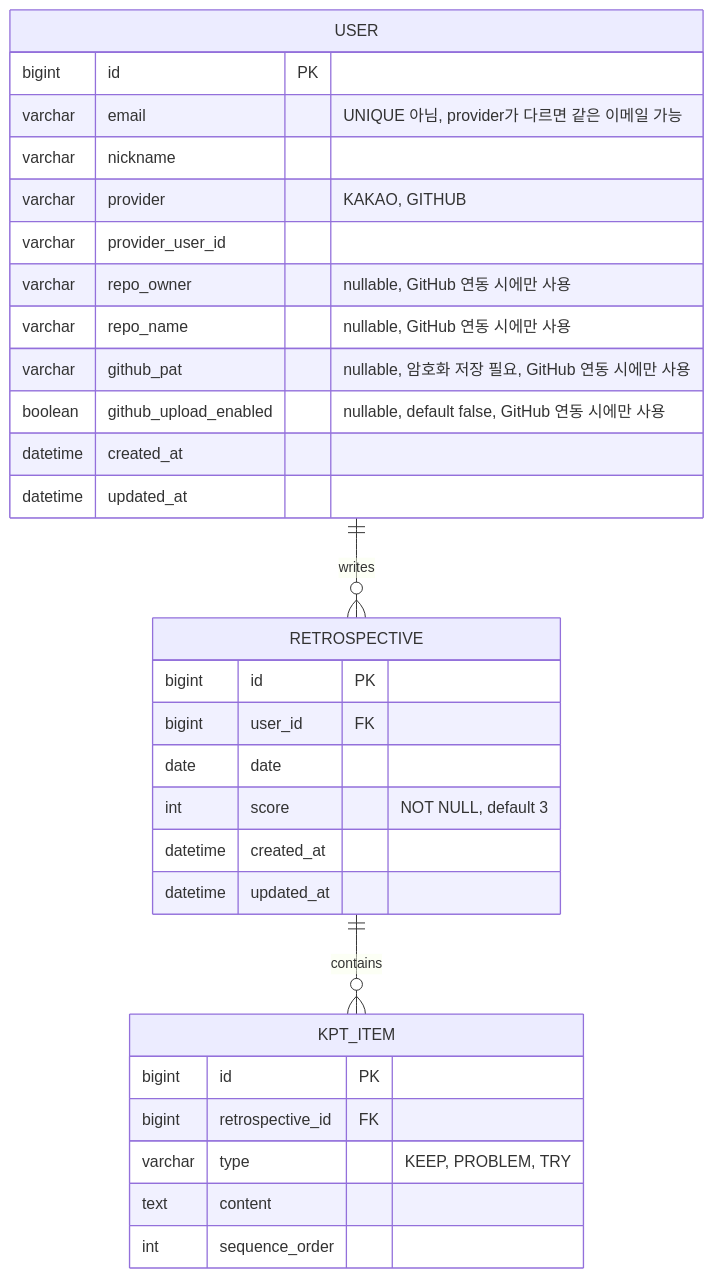
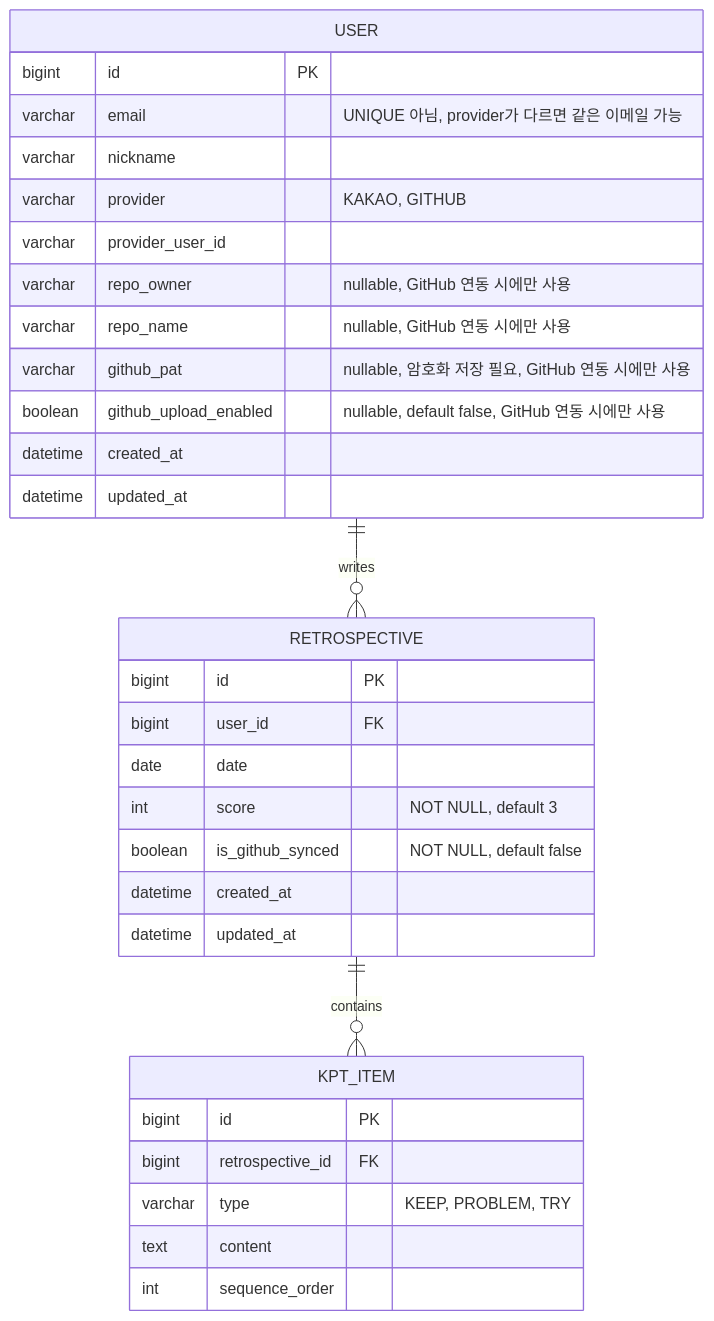
Before and after one commit to rnk00/retrospection: the first of 2 diagrams in docs/02. erd.md, drawn with Mermaid. The commit also changed other lines of this file and 3 other files, not shown here.

````diff
--- a/docs/02. erd.md
+++ b/docs/02. erd.md
@@ -244,36 +258,37 @@
 ```mermaid
 erDiagram
     USER ||--o{ RETROSPECTIVE : writes
     RETROSPECTIVE ||--o{ KPT_ITEM : contains
 
     USER {
         bigint id PK
         varchar email "UNIQUE 아님, provider가 다르면 같은 이메일 가능"
         varchar nickname
         varchar provider "KAKAO, GITHUB"
         varchar provider_user_id
         varchar repo_owner "nullable, GitHub 연동 시에만 사용"
         varchar repo_name "nullable, GitHub 연동 시에만 사용"
         varchar github_pat "nullable, 암호화 저장 필요, GitHub 연동 시에만 사용"
         boolean github_upload_enabled "nullable, default false, GitHub 연동 시에만 사용"
         datetime created_at
         datetime updated_at
     }
 
     RETROSPECTIVE {
         bigint id PK
         bigint user_id FK
         date date
         int score "NOT NULL, default 3"
+        boolean is_github_synced "NOT NULL, default false"
         datetime created_at
         datetime updated_at
     }
 
     KPT_ITEM {
         bigint id PK
         bigint retrospective_id FK
         varchar type "KEEP, PROBLEM, TRY"
         text content
         int sequence_order
     }
 ```
````
